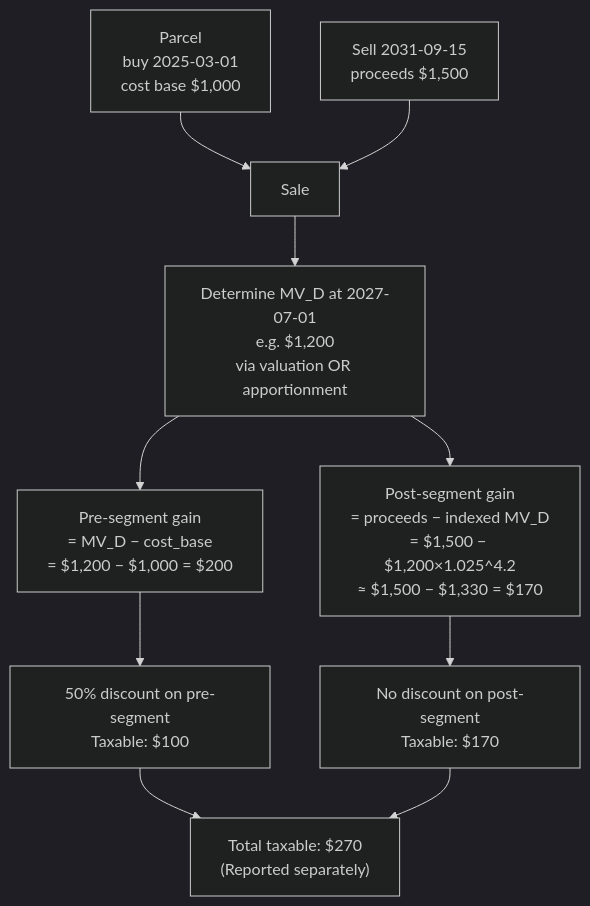
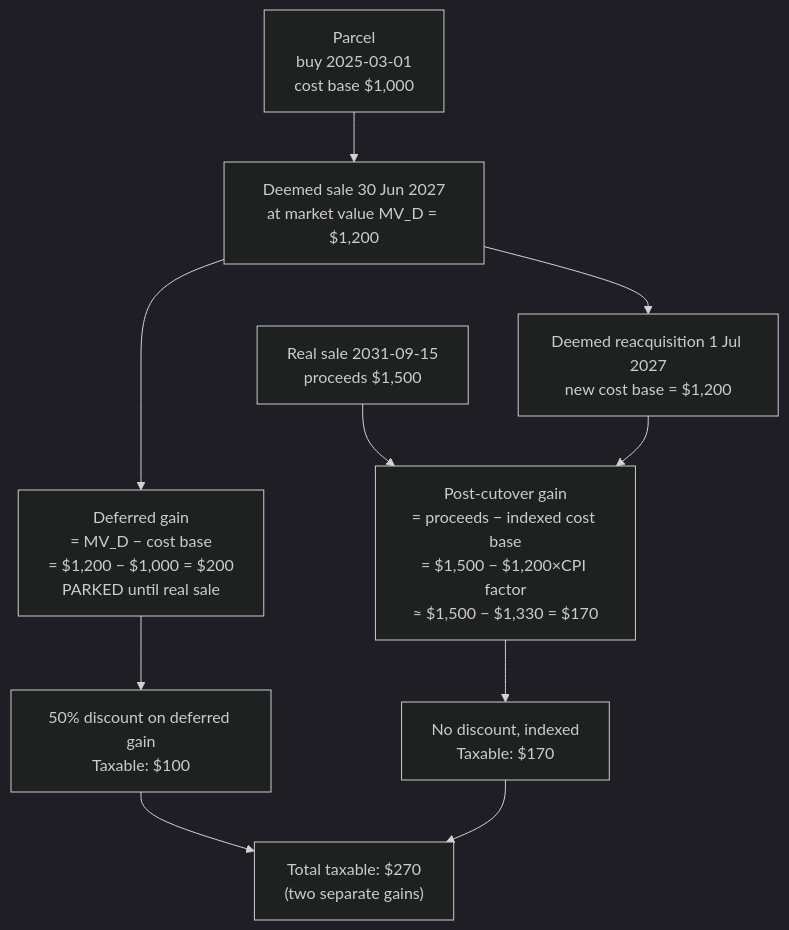
The eighth of 10 diagrams in docs/2027_capital_gains_tax_changes_are_really_complex.md (pretoriusdre/share-dinkum), drawn with Mermaid (dark theme) before and after one commit. The commit also changed other lines of this file and 1 other file, not shown here.

````diff
--- a/docs/2027_capital_gains_tax_changes_are_really_complex.md
+++ b/docs/2027_capital_gains_tax_changes_are_really_complex.md
@@ -162,12 +219,12 @@
 ```mermaid
 flowchart TB
-    P[Parcel<br/>buy 2025-03-01<br/>cost base $1,000] --> SA
-    S[Sell 2031-09-15<br/>proceeds $1,500] --> SA
-    SA[Sale] --> MV[Determine MV_D at 2027-07-01<br/>e.g. $1,200<br/>via valuation OR apportionment]
-    MV --> PRE[Pre-segment gain<br/>= MV_D &minus; cost_base<br/>= $1,200 &minus; $1,000 = $200]
-    MV --> POST[Post-segment gain<br/>= proceeds &minus; indexed MV_D<br/>= $1,500 &minus; $1,200&times;1.025^4.2<br/>&asymp; $1,500 &minus; $1,330 = $170]
-    PRE --> PRED[50% discount on pre-segment<br/>Taxable: $100]
-    POST --> POSTD[No discount on post-segment<br/>Taxable: $170]
-    PRED --> TOT["Total taxable: $270<br/>(Reported separately)"]
+    P[Parcel<br/>buy 2025-03-01<br/>cost base $1,000] --> DS
+    DS[Deemed sale 30 Jun 2027<br/>at market value MV_D = $1,200] --> DG[Deferred gain<br/>= MV_D &minus; cost base<br/>= $1,200 &minus; $1,000 = $200<br/>PARKED until real sale]
+    DS --> RE[Deemed reacquisition 1 Jul 2027<br/>new cost base = $1,200]
+    S[Real sale 2031-09-15<br/>proceeds $1,500] --> POST
+    RE --> POST[Post-cutover gain<br/>= proceeds &minus; indexed cost base<br/>= $1,500 &minus; $1,200&times;CPI factor<br/>&asymp; $1,500 &minus; $1,330 = $170]
+    DG --> DGD[50% discount on deferred gain<br/>Taxable: $100]
+    POST --> POSTD[No discount, indexed<br/>Taxable: $170]
+    DGD --> TOT["Total taxable: $270<br/>(two separate gains)"]
     POSTD --> TOT
 ```
````
